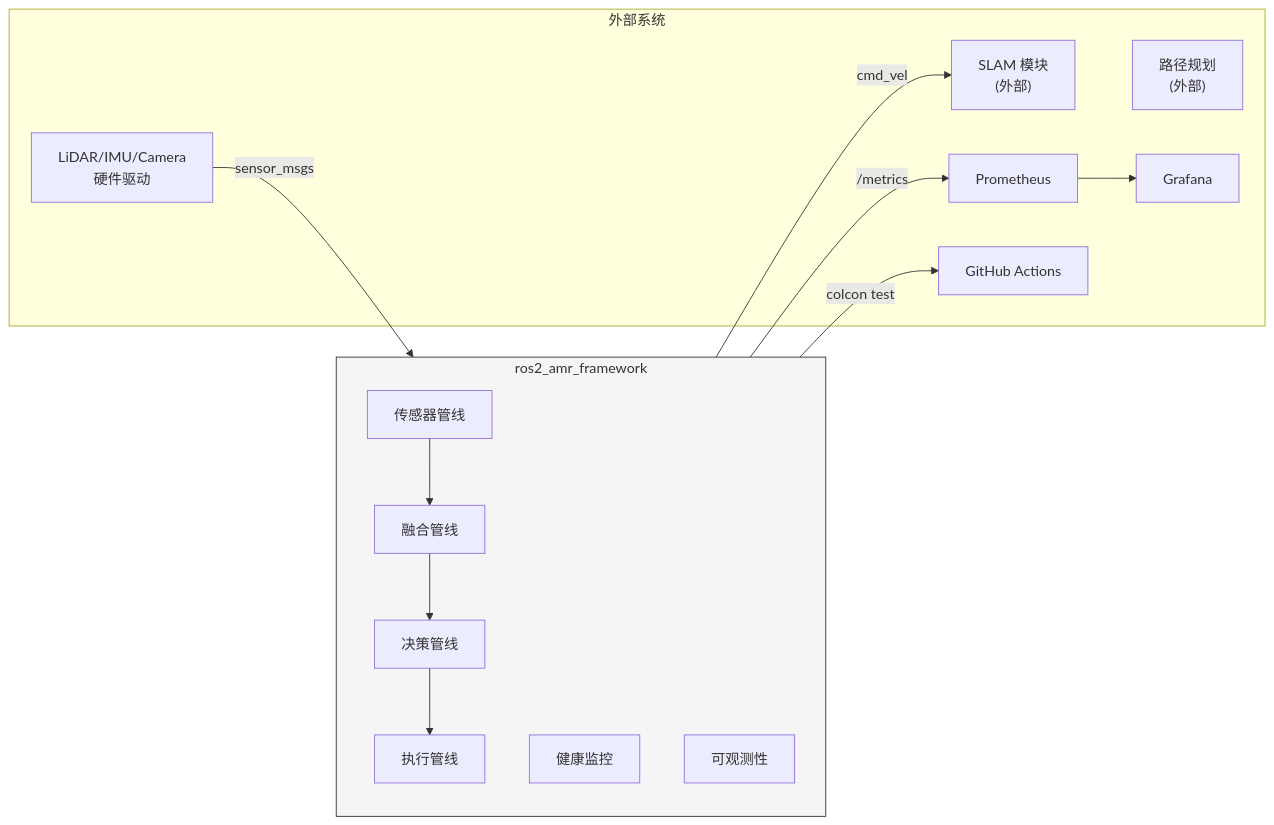
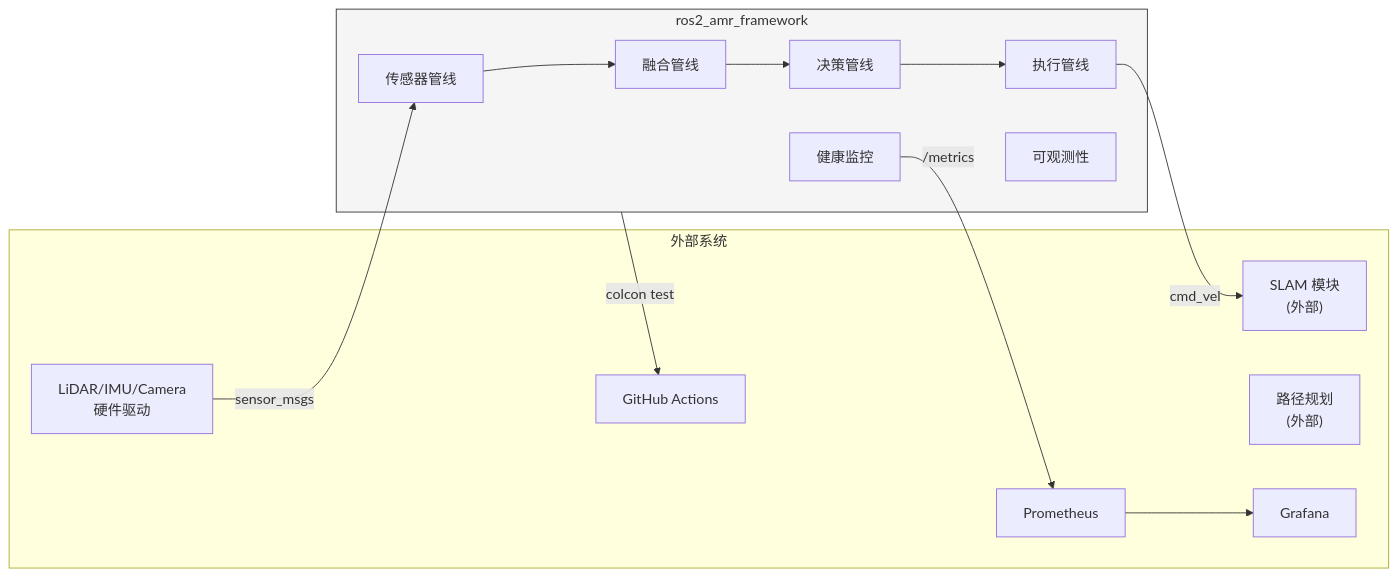
One commit to guang-lee-cn/ros2_robot_middleware changed the fourth of 5 diagrams in doc/ARCHITECTURE.md. Above: the diagram before and after it, drawn with Mermaid. The commit also changed other lines of this file, not shown here.

Commit message:
fix(docs): remove direction LR/TB from mermaid subgraphs

````diff
--- a/doc/ARCHITECTURE.md
+++ b/doc/ARCHITECTURE.md
@@ -232,32 +226,31 @@
 ```mermaid
 flowchart LR
     subgraph internal["ros2_amr_framework"]
-        direction TB
         SENSORS["传感器管线"]
         FUSION["融合管线"]
         DECISION["决策管线"]
         MOTOR["执行管线"]
         HEALTH["健康监控"]
         OBS["可观测性"]
     end
 
     subgraph external["外部系统"]
         HW["LiDAR/IMU/Camera<br/>硬件驱动"]
         SLAM["SLAM 模块<br/>(外部)"]
         PATH["路径规划<br/>(外部)"]
         PROM["Prometheus"]
         GRAF["Grafana"]
         CI["GitHub Actions"]
     end
 
     HW -->|sensor_msgs| SENSORS
     SENSORS --> FUSION
     FUSION --> DECISION
     DECISION --> MOTOR
     MOTOR -->|cmd_vel| SLAM
     HEALTH -->|/metrics| PROM
     PROM --> GRAF
     internal -->|colcon test| CI
 
     style internal fill:#f5f5f5,stroke:#333
 ```
````
